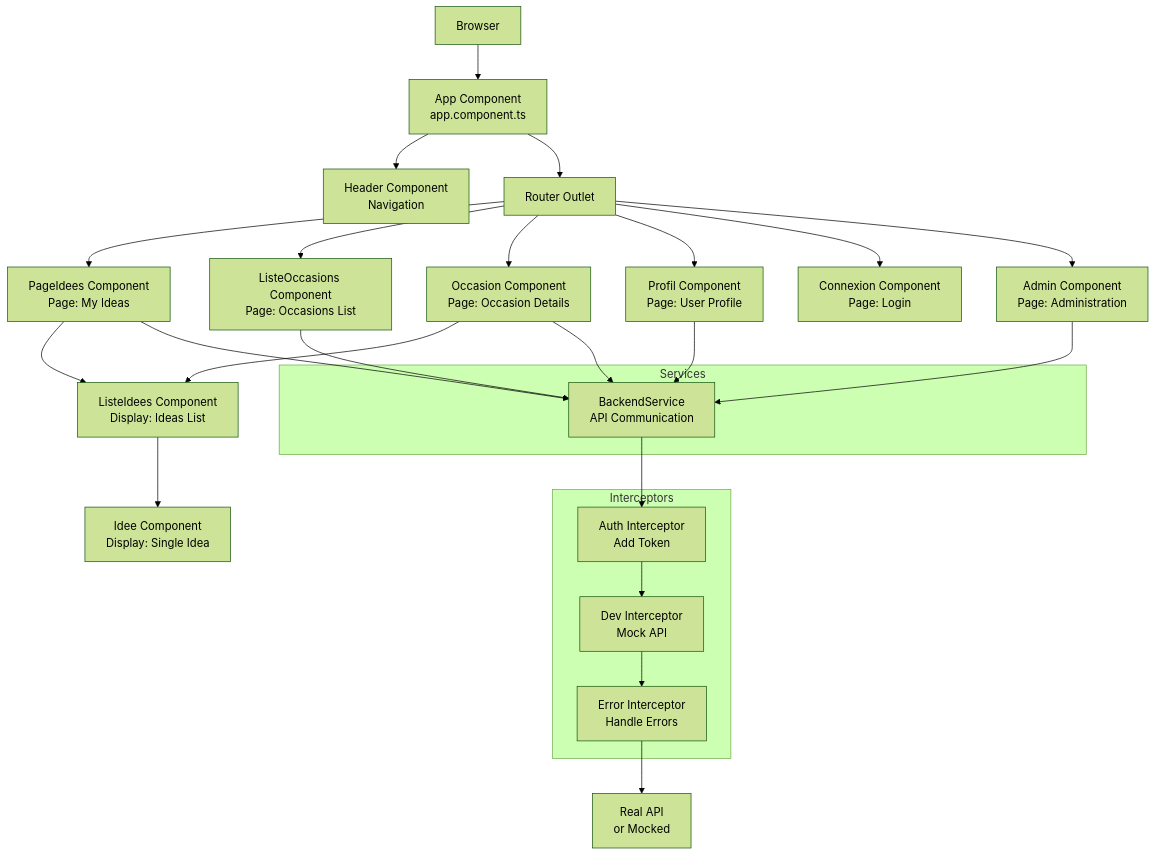
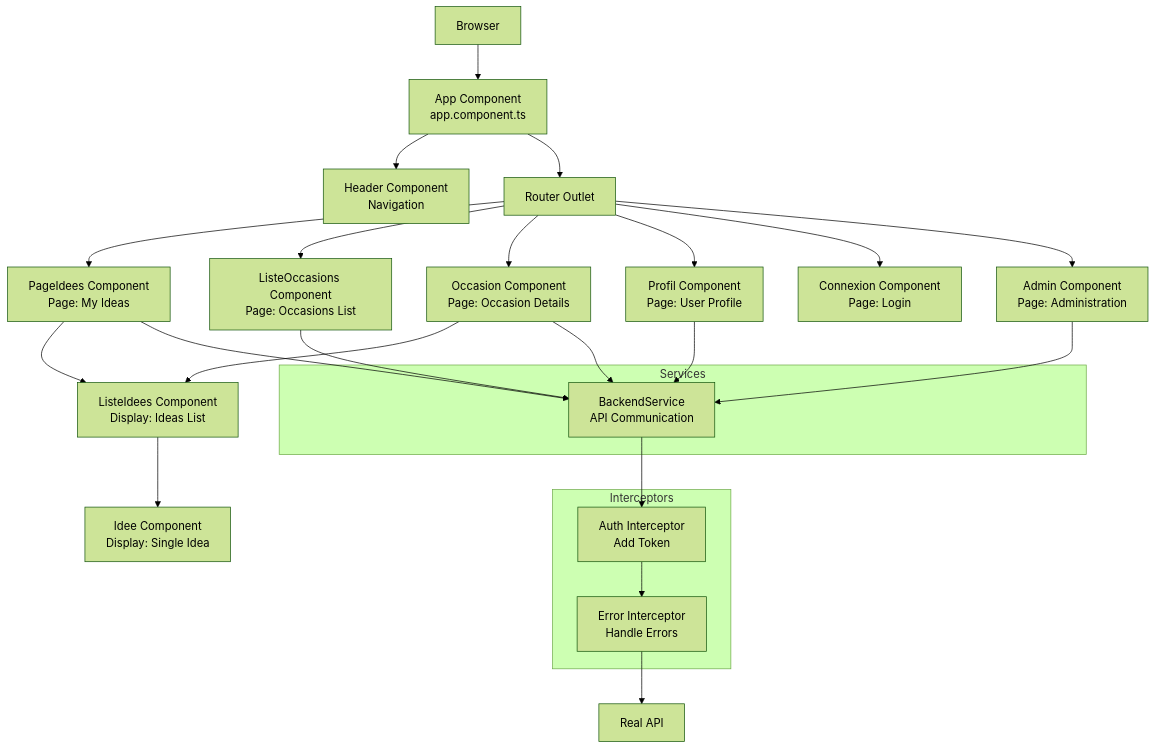
One commit to mleguen/tkdo changed the diagram in docs/frontend-dev.md. Above: the diagram before and after it, drawn with Mermaid (forest theme). The commit also changed other lines of this file and 17 other files, not shown here.

First line of the commit message:
feat(story-1.1b): remove DevBackendInterceptor and npm run int mock-backend mode

````diff
--- a/docs/frontend-dev.md
+++ b/docs/frontend-dev.md
@@ -59,39 +57,37 @@
 ```mermaid
 graph TB
     Browser[Browser] --> AppComp[App Component<br/>app.component.ts]
     AppComp --> Header[Header Component<br/>Navigation]
     AppComp --> Router[Router Outlet]
 
     Router --> PageIdees[PageIdees Component<br/>Page: My Ideas]
     Router --> ListeOccasions[ListeOccasions Component<br/>Page: Occasions List]
     Router --> Occasion[Occasion Component<br/>Page: Occasion Details]
     Router --> Profil[Profil Component<br/>Page: User Profile]
     Router --> Connexion[Connexion Component<br/>Page: Login]
     Router --> Admin[Admin Component<br/>Page: Administration]
 
     PageIdees --> ListeIdees[ListeIdees Component<br/>Display: Ideas List]
     ListeIdees --> Idee[Idee Component<br/>Display: Single Idea]
 
     Occasion --> ListeIdees
 
     subgraph Services
         BackendService[BackendService<br/>API Communication]
     end
 
     subgraph Interceptors
         AuthInterceptor[Auth Interceptor<br/>Add Token]
-        DevInterceptor[Dev Interceptor<br/>Mock API]
         ErrorInterceptor[Error Interceptor<br/>Handle Errors]
     end
 
     PageIdees --> BackendService
     ListeOccasions --> BackendService
     Occasion --> BackendService
     Profil --> BackendService
     Admin --> BackendService
 
     BackendService --> AuthInterceptor
-    AuthInterceptor --> DevInterceptor
-    DevInterceptor --> ErrorInterceptor
-    ErrorInterceptor --> API[Real API<br/>or Mocked]
+    AuthInterceptor --> ErrorInterceptor
+    ErrorInterceptor --> API[Real API]
 ```
````
